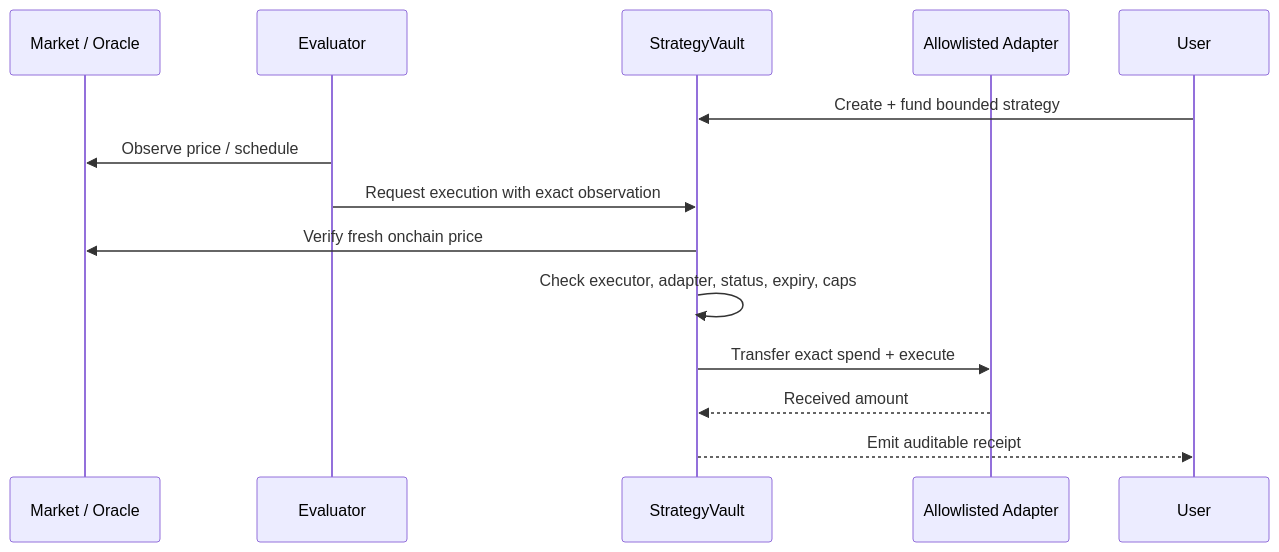
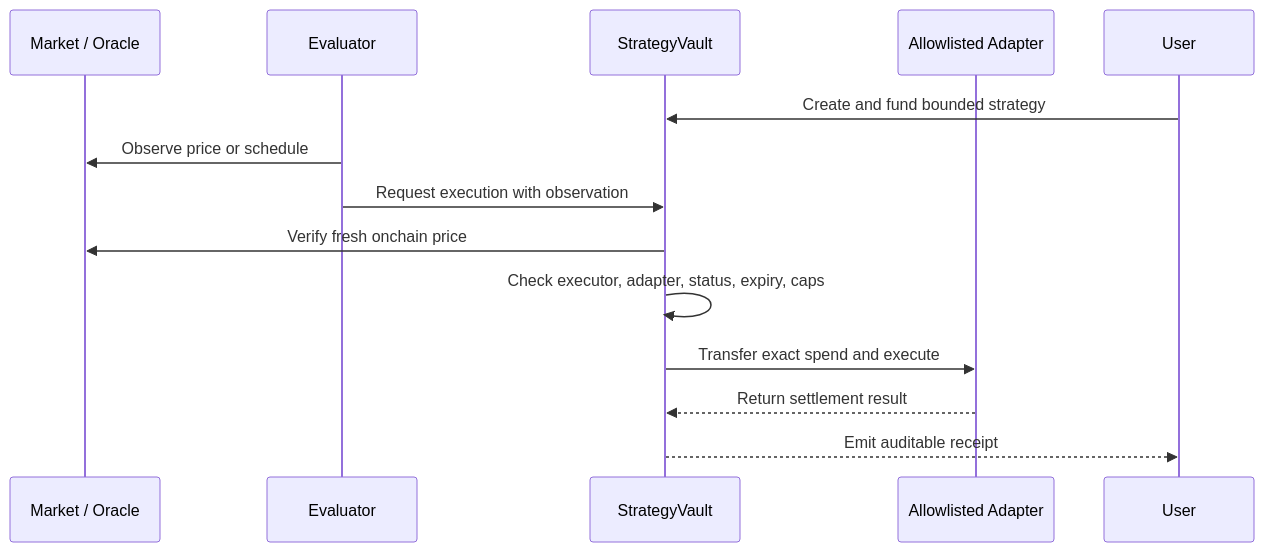
Before and after one commit to 0xNexuz/rook: the diagram in docs/ARCHITECTURE.md, drawn with Mermaid. The commit also changed other lines of this file, not shown here.

Commit message:
Expand GitBook architecture guide

````diff
--- a/docs/ARCHITECTURE.md
+++ b/docs/ARCHITECTURE.md
@@ -5,16 +5,16 @@
-```mermaid
+~~~mermaid
 sequenceDiagram
   participant M as Market / Oracle
   participant E as Evaluator
   participant V as StrategyVault
   participant A as Allowlisted Adapter
   participant U as User
-  U->>V: Create + fund bounded strategy
-  E->>M: Observe price / schedule
-  E->>V: Request execution with exact observation
+  U->>V: Create and fund bounded strategy
+  E->>M: Observe price or schedule
+  E->>V: Request execution with observation
   V->>M: Verify fresh onchain price
   V->>V: Check executor, adapter, status, expiry, caps
-  V->>A: Transfer exact spend + execute
-  A-->>V: Received amount
+  V->>A: Transfer exact spend and execute
+  A-->>V: Return settlement result
   V-->>U: Emit auditable receipt
-```
+~~~
````
